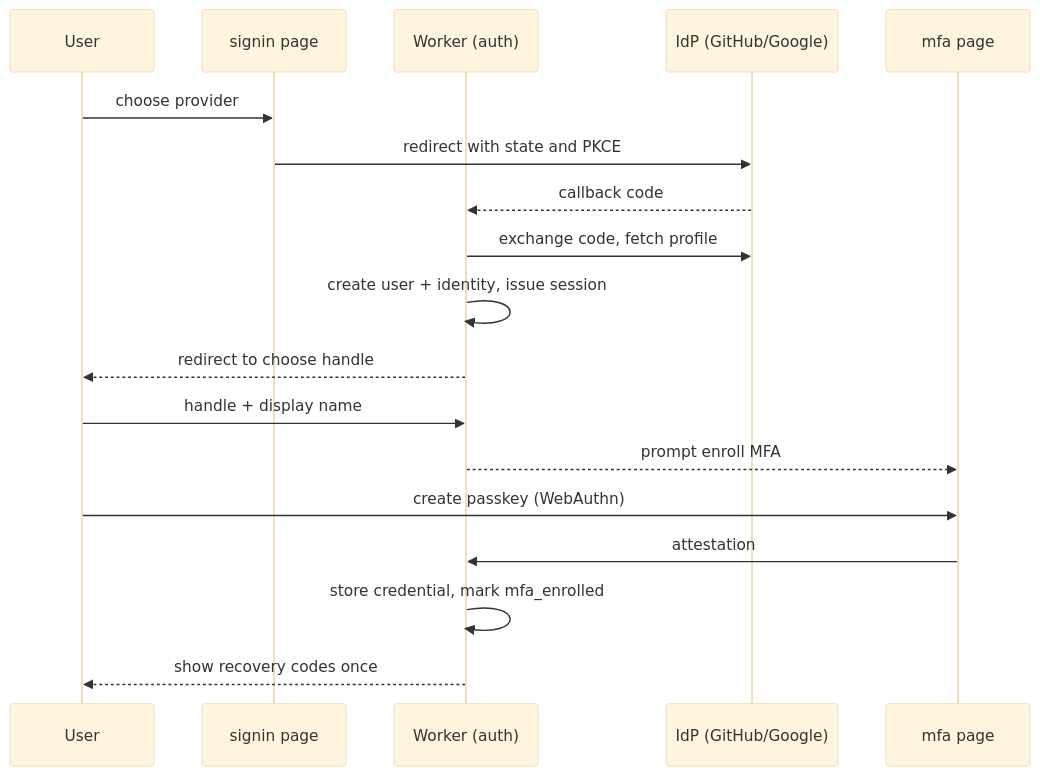
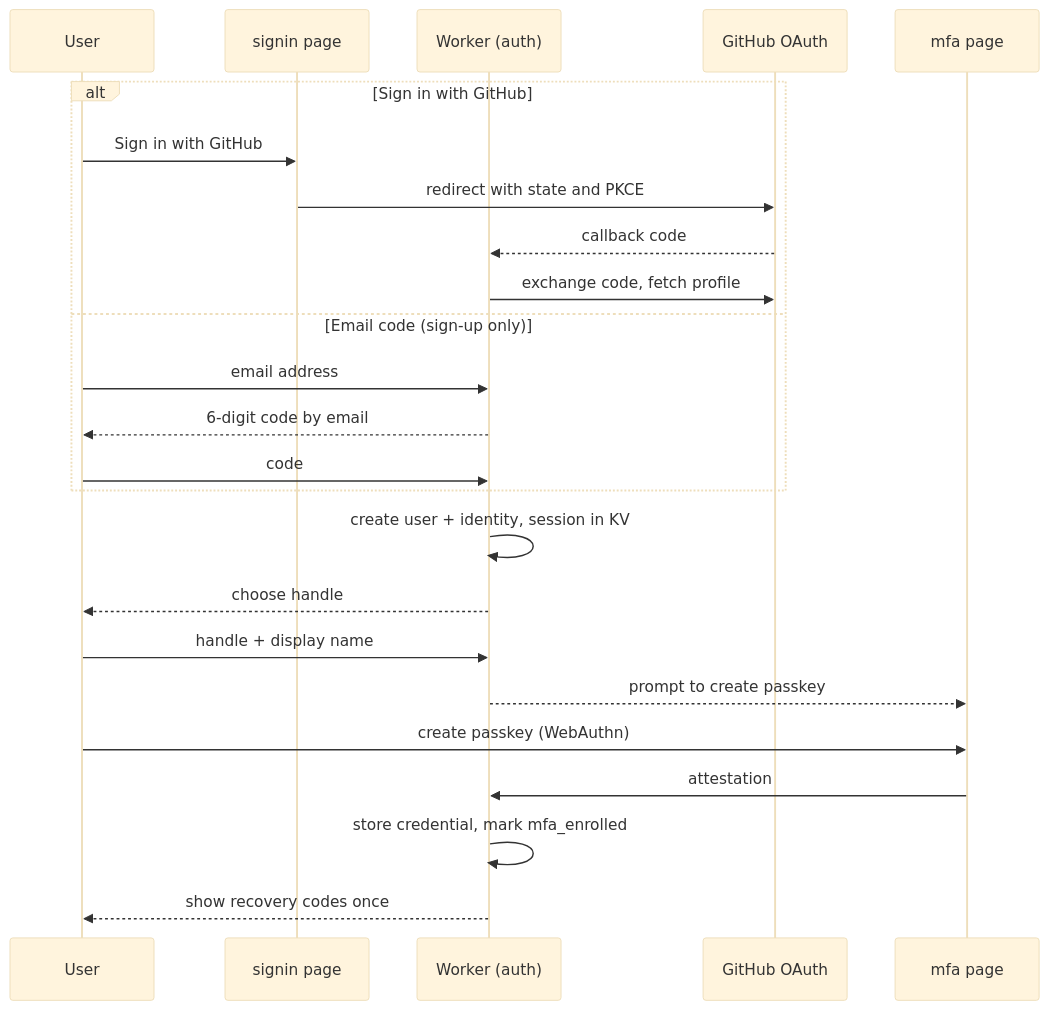
One commit to Claudinite/PackServer changed the first of 13 diagrams in docs/ui/flows.md. Above: the diagram before and after it, drawn with Mermaid (base theme). The commit also changed other lines of this file and 4 other files, not shown here.

````diff
--- a/docs/ui/flows.md
+++ b/docs/ui/flows.md
@@ -24,20 +25,26 @@
 ```mermaid
 sequenceDiagram
   participant U as User
   participant S as signin page
   participant W as Worker (auth)
-  participant P as IdP (GitHub/Google)
+  participant G as GitHub OAuth
   participant M as mfa page
-  U->>S: choose provider
-  S->>P: redirect with state and PKCE
-  P-->>W: callback code
-  W->>P: exchange code, fetch profile
-  W->>W: create user + identity, issue session
-  W-->>U: redirect to choose handle
+  alt Sign in with GitHub
+    U->>S: Sign in with GitHub
+    S->>G: redirect with state and PKCE
+    G-->>W: callback code
+    W->>G: exchange code, fetch profile
+  else Email code (sign-up only)
+    U->>W: email address
+    W-->>U: 6-digit code by email
+    U->>W: code
+  end
+  W->>W: create user + identity, session in KV
+  W-->>U: choose handle
   U->>W: handle + display name
-  W-->>M: prompt enroll MFA
+  W-->>M: prompt to create passkey
   U->>M: create passkey (WebAuthn)
   M->>W: attestation
   W->>W: store credential, mark mfa_enrolled
   W-->>U: show recovery codes once
 ```
````
